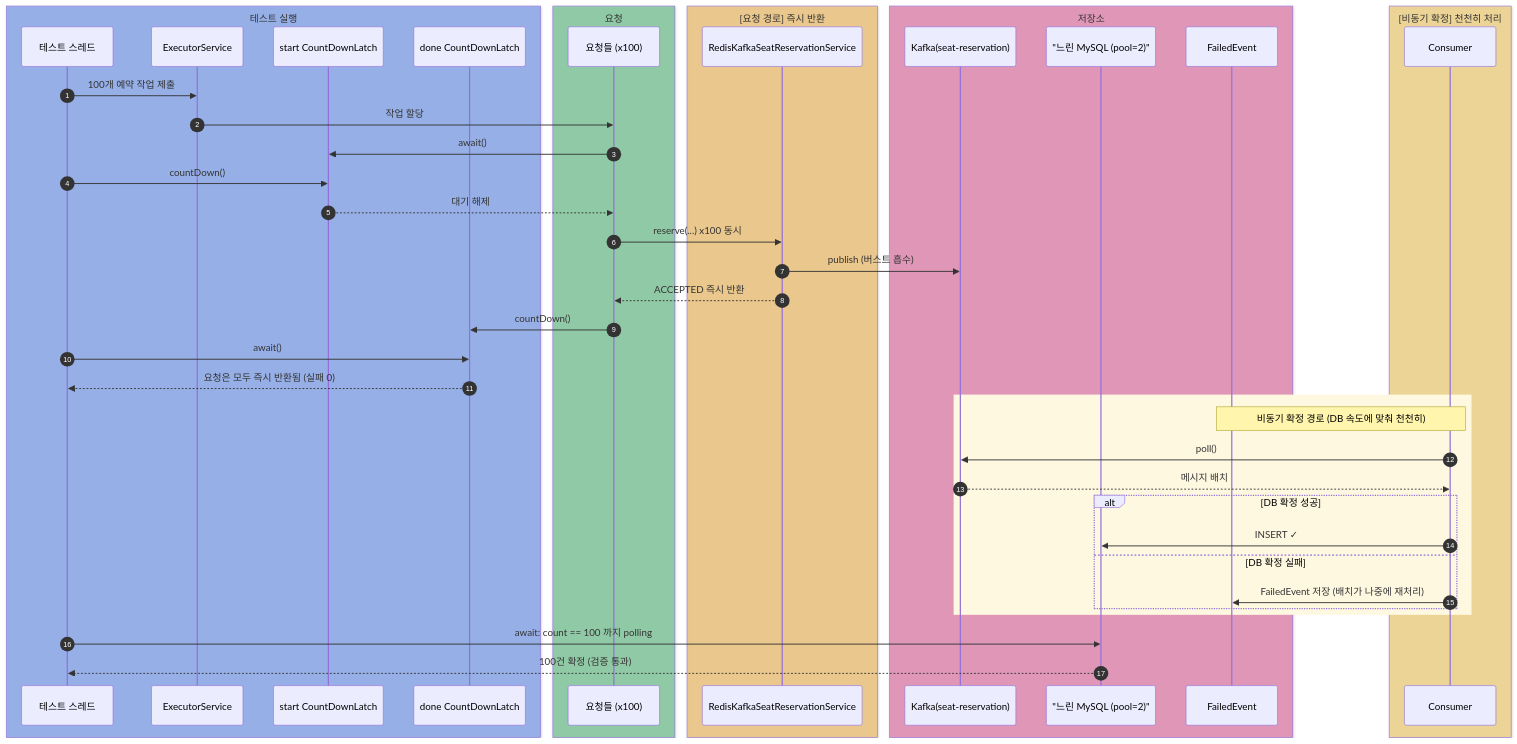
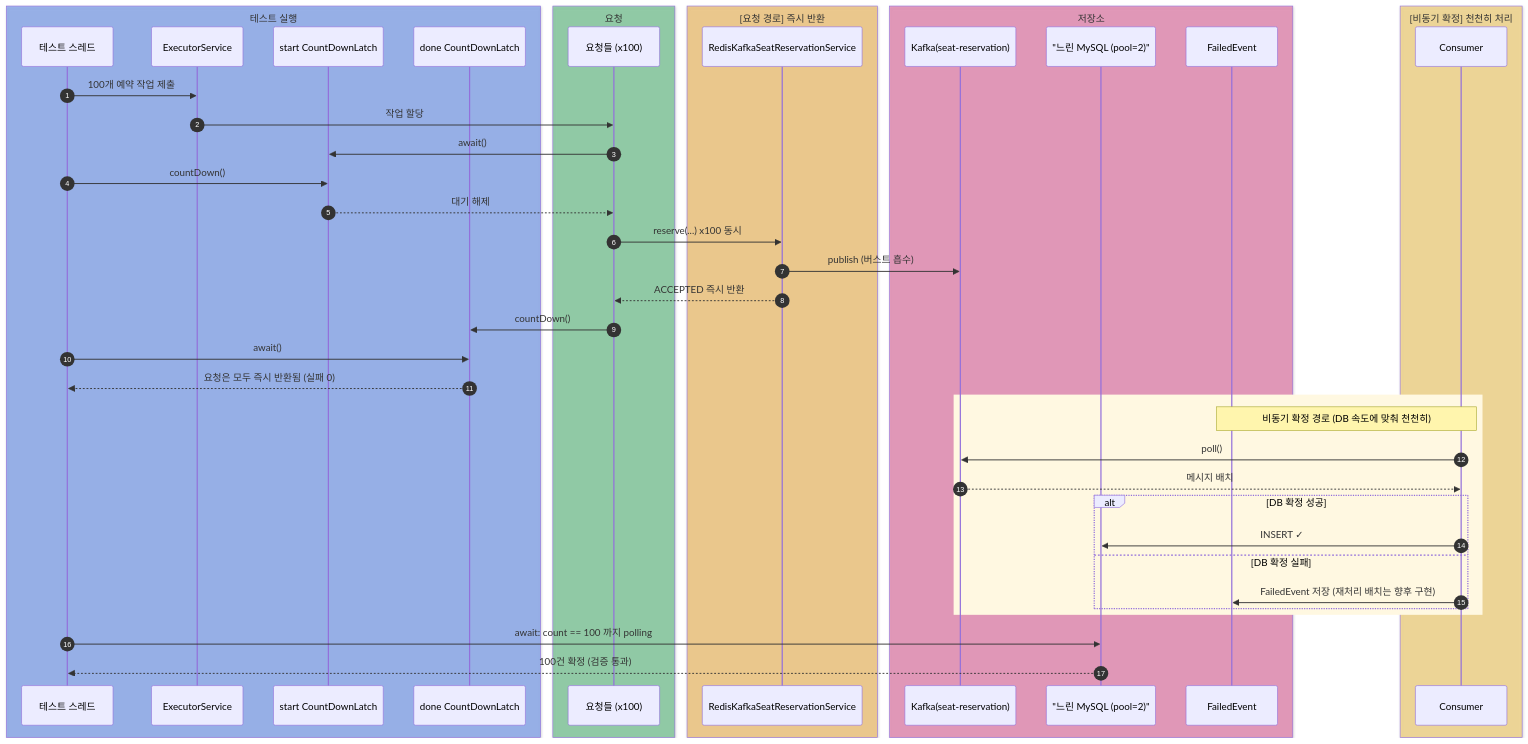
Before and after one commit to HJC96/deep-dive: the fifth of 5 diagrams in labs/seat-reservation/README.md, drawn with Mermaid. The commit also changed other lines of this file and 7 other files, not shown here.

````diff
--- a/labs/seat-reservation/README.md
+++ b/labs/seat-reservation/README.md
@@ -439,53 +439,53 @@
 ```mermaid
 sequenceDiagram
     autonumber
     box rgba(37, 99, 235, 0.40) 테스트 실행
     participant Test as 테스트 스레드
     participant Executor as ExecutorService
     participant StartLatch as start CountDownLatch
     participant DoneLatch as done CountDownLatch
     end
     box rgba(22, 163, 74, 0.40) 요청
     participant Burst as 요청들 (x100)
     end
     box rgba(245, 158, 11, 0.40) [요청 경로] 즉시 반환
     participant Kafka2 as RedisKafkaSeatReservationService
     end
     box rgba(219, 39, 119, 0.40) 저장소
     participant Kafka as Kafka(seat-reservation)
     participant DB as "느린 MySQL (pool=2)"
     participant FailedDB as FailedEvent
     end
     box rgba(251, 191, 36, 0.40) [비동기 확정] 천천히 처리
     participant Consumer as Consumer
     end
 
     Test->>Executor: 100개 예약 작업 제출
     Executor->>Burst: 작업 할당
     Burst->>StartLatch: await()
 
     Test->>StartLatch: countDown()
     StartLatch-->>Burst: 대기 해제
 
     Burst->>Kafka2: reserve(...) x100 동시
     Kafka2->>Kafka: publish (버스트 흡수)
     Kafka2-->>Burst: ACCEPTED 즉시 반환
 
     Burst->>DoneLatch: countDown()
     Test->>DoneLatch: await()
     DoneLatch-->>Test: 요청은 모두 즉시 반환됨 (실패 0)
 
     rect rgb(255, 248, 225)
         Note over Consumer,FailedDB: 비동기 확정 경로 (DB 속도에 맞춰 천천히)
         Consumer->>Kafka: poll()
         Kafka-->>Consumer: 메시지 배치
         alt DB 확정 성공
             Consumer->>DB: INSERT ✓
         else DB 확정 실패
-            Consumer->>FailedDB: FailedEvent 저장 (배치가 나중에 재처리)
+            Consumer->>FailedDB: FailedEvent 저장 (재처리 배치는 향후 구현)
         end
     end
 
     Test->>DB: await: count == 100 까지 polling
     DB-->>Test: 100건 확정 (검증 통과)
 ```
````
